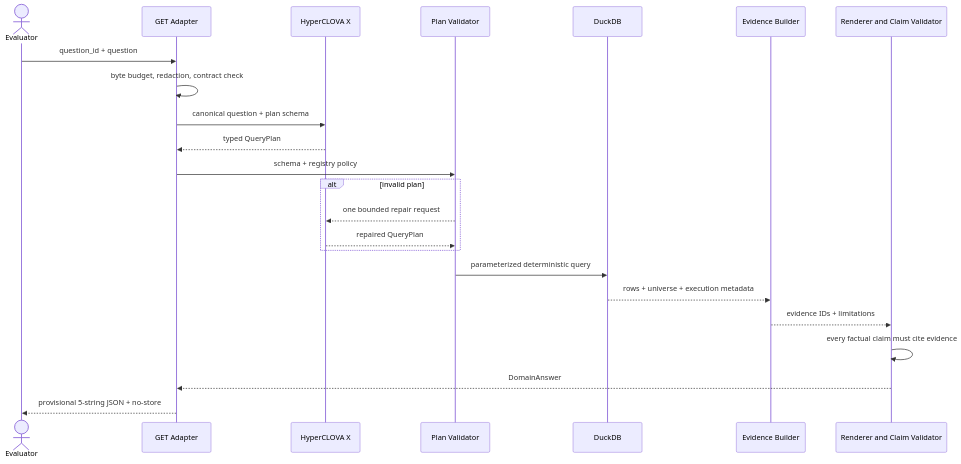
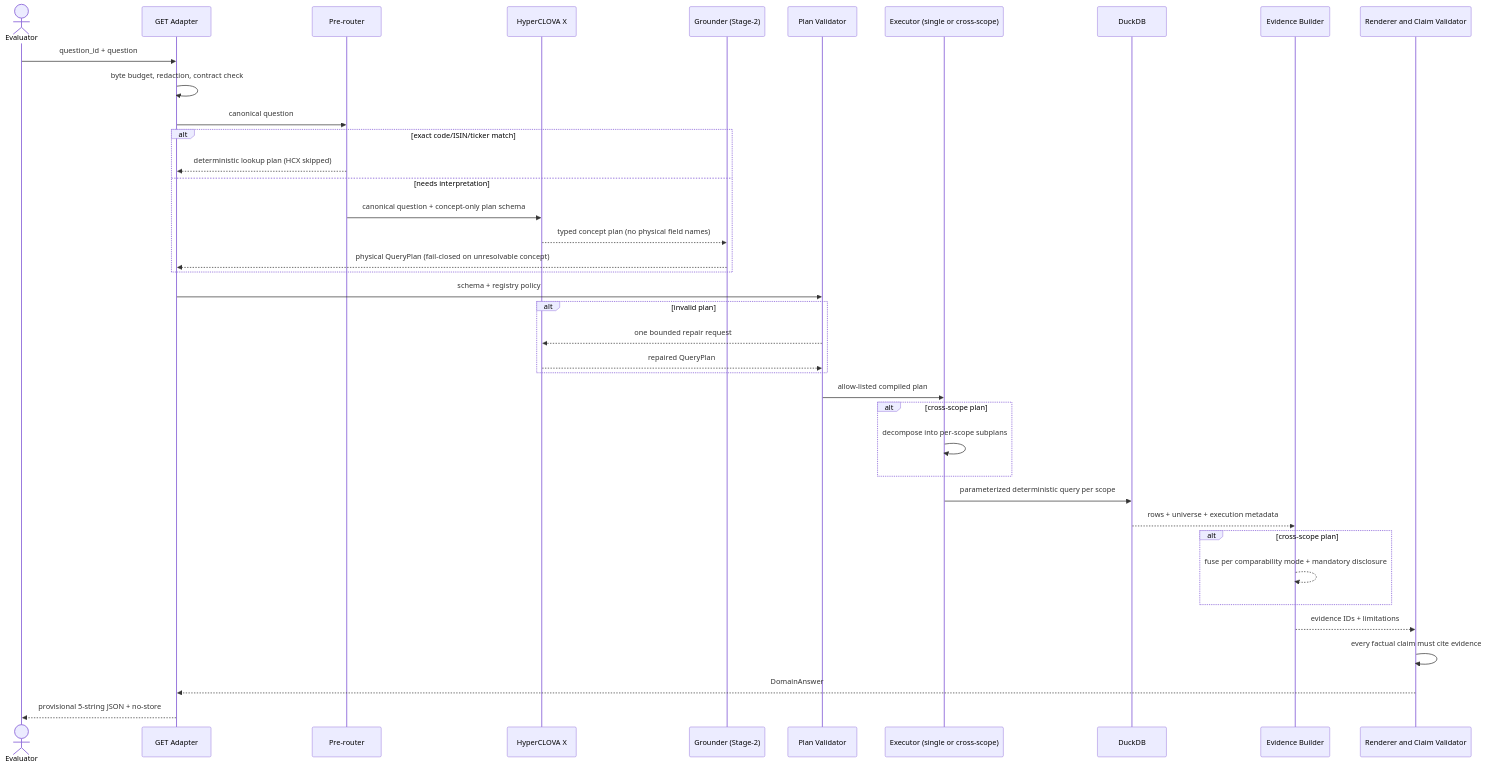
The diagram in docs/diagrams/request-sequence.mmd (pollmap/mirae-financial-agent), drawn with Mermaid before and after one commit. The commit also changed 12 other files, not shown here.

```diff
--- a/docs/diagrams/request-sequence.mmd
+++ b/docs/diagrams/request-sequence.mmd
@@ -1,23 +1,39 @@
 sequenceDiagram
     actor Evaluator
     participant API as GET Adapter
+    participant PreR as Pre-router
     participant Planner as HyperCLOVA X
+    participant Ground as Grounder (Stage-2)
     participant Validator as Plan Validator
+    participant Exec as Executor (single or cross-scope)
     participant DB as DuckDB
     participant Evidence as Evidence Builder
     participant Answer as Renderer and Claim Validator
     Evaluator->>API: question_id + question
     API->>API: byte budget, redaction, contract check
-    API->>Planner: canonical question + plan schema
-    Planner-->>API: typed QueryPlan
+    API->>PreR: canonical question
+    alt exact code/ISIN/ticker match
+        PreR-->>API: deterministic lookup plan (HCX skipped)
+    else needs interpretation
+        PreR->>Planner: canonical question + concept-only plan schema
+        Planner-->>Ground: typed concept plan (no physical field names)
+        Ground-->>API: physical QueryPlan (fail-closed on unresolvable concept)
+    end
     API->>Validator: schema + registry policy
     alt invalid plan
         Validator-->>Planner: one bounded repair request
         Planner-->>Validator: repaired QueryPlan
     end
-    Validator->>DB: parameterized deterministic query
+    Validator->>Exec: allow-listed compiled plan
+    alt cross-scope plan
+        Exec->>Exec: decompose into per-scope subplans
+    end
+    Exec->>DB: parameterized deterministic query per scope
     DB-->>Evidence: rows + universe + execution metadata
+    alt cross-scope plan
+        Evidence-->>Evidence: fuse per comparability mode + mandatory disclosure
+    end
     Evidence-->>Answer: evidence IDs + limitations
     Answer->>Answer: every factual claim must cite evidence
     Answer-->>API: DomainAnswer
     API-->>Evaluator: provisional 5-string JSON + no-store
```
